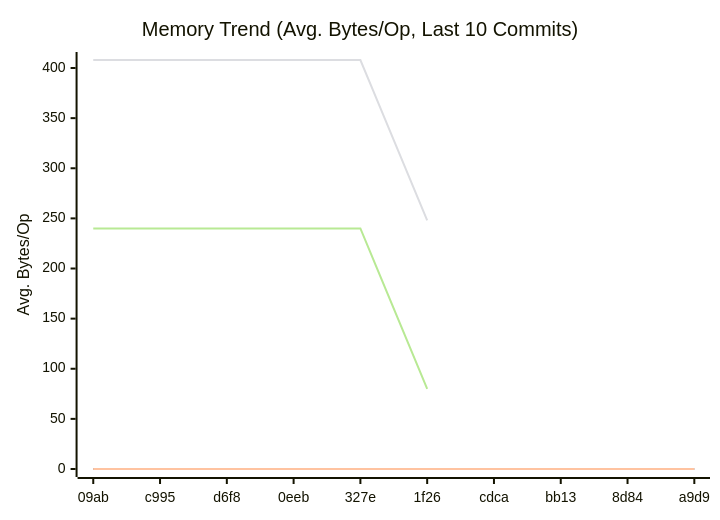
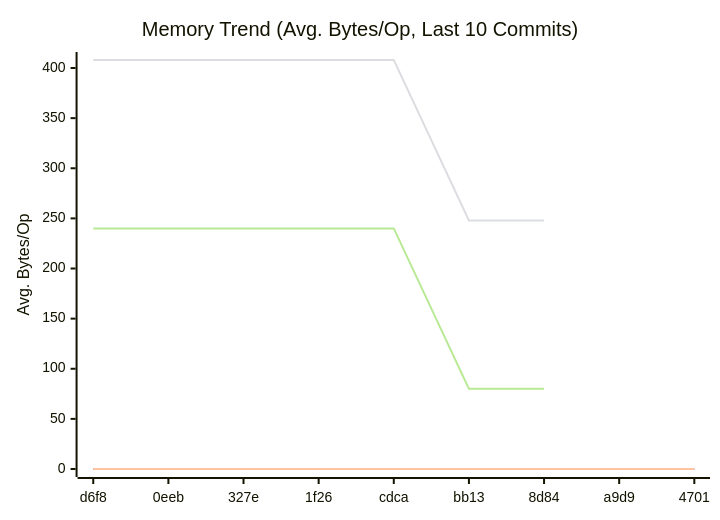
The second of 3 diagrams in doc/README.md (alsotoes/momo), drawn with Mermaid before and after one commit. The commit also changed other lines of this file and 1 other file, not shown here.

````diff
--- a/doc/README.md
+++ b/doc/README.md
@@ -309,12 +309,12 @@
 ```mermaid
 xychart-beta
     title "Memory Trend (Avg. Bytes/Op, Last 10 Commits)"
     x-axis "Commit"
     y-axis "Avg. Bytes/Op"
-    x-axis [09ab,c995,d6f8,0eeb,327e,1f26,cdca,bb13,8d84,a9d9]
+    x-axis [d6f8,0eeb,327e,1f26,cdca,bb13,8d84,a9d9,4701]
     line "CheckMetricsAndSwap" [0,0,0,0,0,0,0,0,0,0]
     line "IndexDirectTracking" [0,0,0,0,0,0,0,0,0,0]
     line "IndexSearch" [0,0,0,0,0,0,0,0,0,0]
-    line "ParseReplicationOrder_NoPrealloc" [408,408,408,408,408,248]
-    line "ParseReplicationOrder_Prealloc" [240,240,240,240,240,80]
+    line "ParseReplicationOrder_NoPrealloc" [408,408,408,408,408,248,248]
+    line "ParseReplicationOrder_Prealloc" [240,240,240,240,240,80,80]
 ```
````
